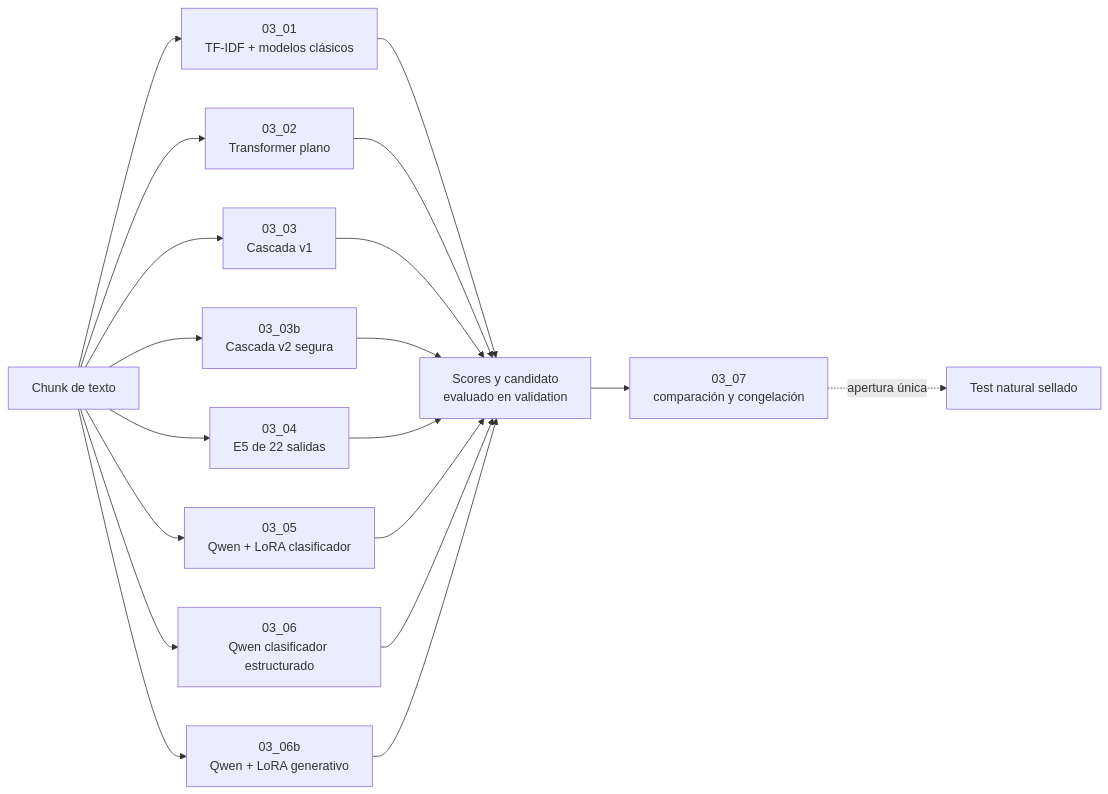
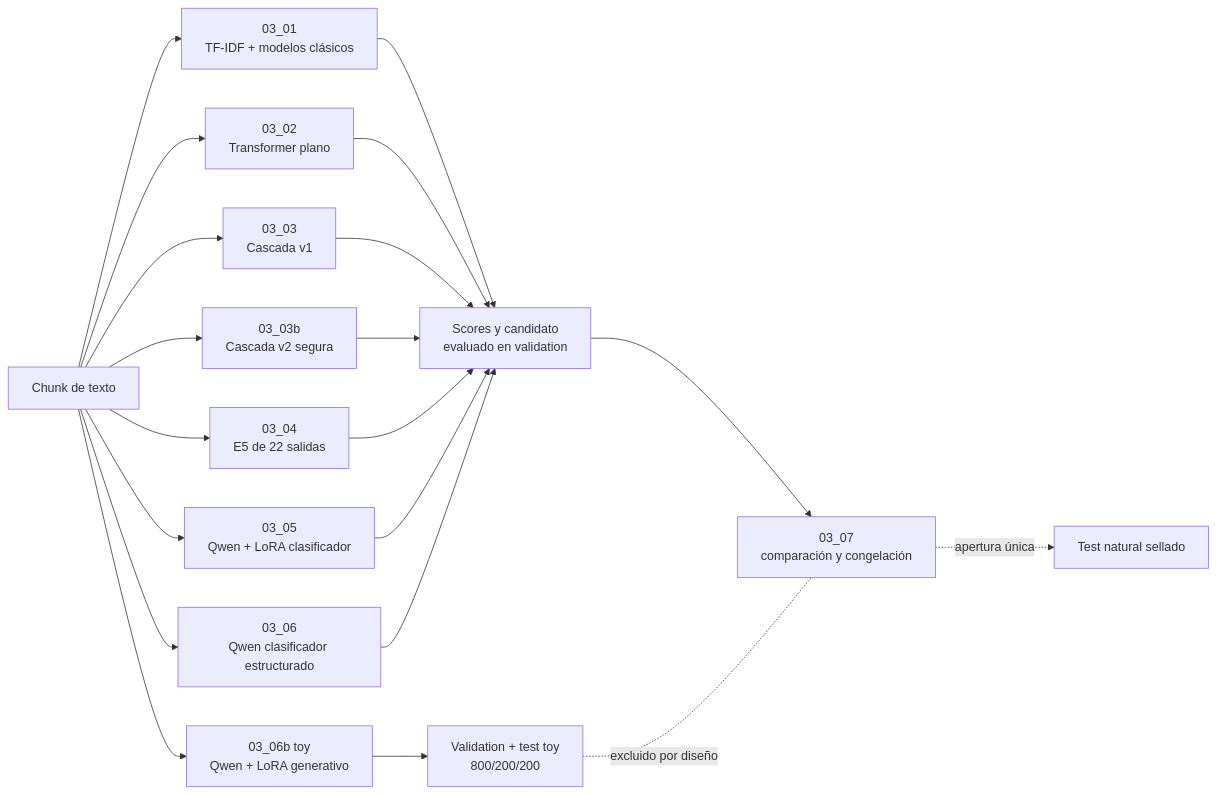
The first of 6 diagrams in docs/ARQUITECTURAS_MODELOS_03.md (lkoc/Trabajo_PLN-MIA-Grupo4), drawn with Mermaid before and after one commit. The commit also changed other lines of this file and 31 other files, not shown here.

````diff
--- a/docs/ARQUITECTURAS_MODELOS_03.md
+++ b/docs/ARQUITECTURAS_MODELOS_03.md
@@ -15,22 +15,23 @@
 ```mermaid
 flowchart LR
     X[Chunk de texto] --> C[03_01<br/>TF-IDF + modelos clásicos]
     X --> F[03_02<br/>Transformer plano]
     X --> K1[03_03<br/>Cascada v1]
     X --> K2[03_03b<br/>Cascada v2 segura]
     X --> M[03_04<br/>E5 de 22 salidas]
     X --> QL[03_05<br/>Qwen + LoRA clasificador]
     X --> QS[03_06<br/>Qwen clasificador estructurado]
-    X --> QG[03_06b<br/>Qwen + LoRA generativo]
+    X --> QG[03_06b toy<br/>Qwen + LoRA generativo]
 
     C --> V[Scores y candidato<br/>evaluado en validation]
     F --> V
     K1 --> V
     K2 --> V
     M --> V
     QL --> V
     QS --> V
-    QG --> V
+    QG --> TV[Validation + test toy<br/>800/200/200]
     V --> Z[03_07<br/>comparación y congelación]
+    TV -. excluido por diseño .- Z
     Z -. apertura única .-> T[Test natural sellado]
 ```
````
